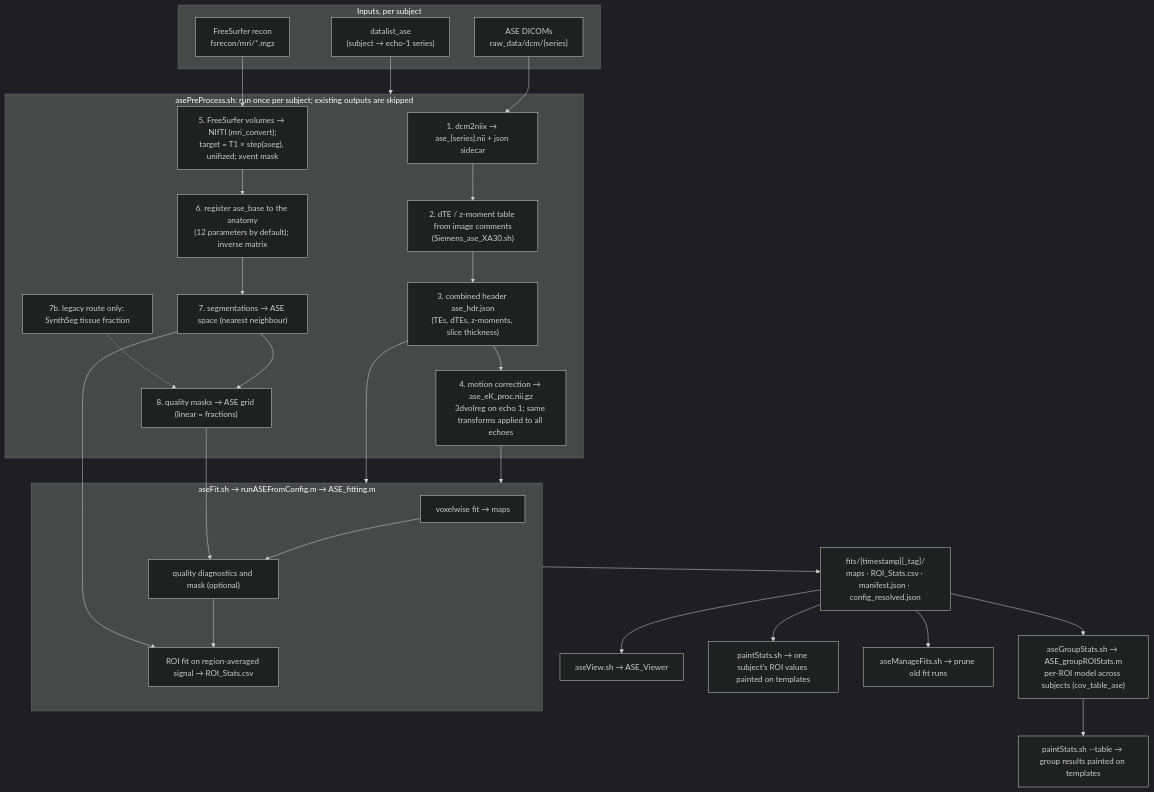
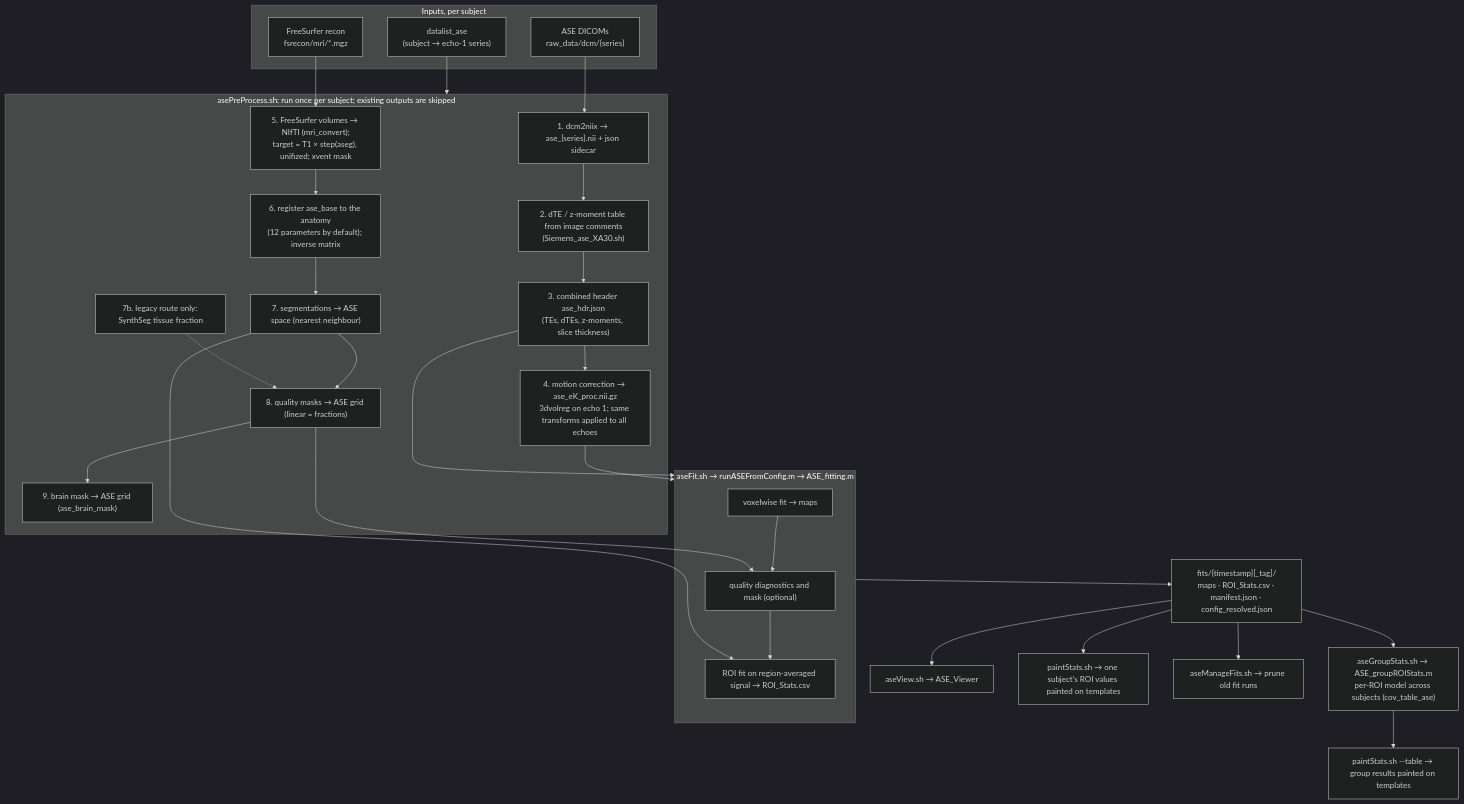
One commit to scalos/ASE_Processing changed the first of 2 diagrams in docs/pipeline.md. Above: the diagram before and after it, drawn with Mermaid (dark theme). The commit also changed 7 other files, not shown here.

First line of the commit message:
Motion decision report from anchor frames; brain mask on the ASE grid

````diff
--- a/docs/pipeline.md
+++ b/docs/pipeline.md
@@ -7,45 +7,46 @@
 ```mermaid
 flowchart TD
     subgraph IN["Inputs, per subject"]
         DCM["ASE DICOMs<br/>raw_data/dcm/{series}"]
         ANAT["FreeSurfer recon<br/>fsrecon/mri/*.mgz"]
         LIST["datalist_ase<br/>(subject → echo-1 series)"]
     end
 
     subgraph PRE["asePreProcess.sh: run once per subject; existing outputs are skipped"]
         S1["1. dcm2niix → ase_{series}.nii + json sidecar"]
         S2["2. dTE / z-moment table from image comments<br/>(Siemens_ase_XA30.sh)"]
         S3["3. combined header ase_hdr.json<br/>(TEs, dTEs, z-moments, slice thickness)"]
         S4["4. motion correction → ase_eK_proc.nii.gz<br/>3dvolreg on echo 1; same transforms applied to all echoes"]
         S5["5. FreeSurfer volumes → NIfTI (mri_convert);<br/>target = T1 × step(aseg), unifized; xvent mask"]
         S6["6. register ase_base to the anatomy<br/>(12 parameters by default); inverse matrix"]
         S7["7. segmentations → ASE space (nearest neighbour)"]
         S7b["7b. legacy route only: SynthSeg tissue fraction"]
         S8["8. quality masks → ASE grid (linear = fractions)"]
+        S9["9. brain mask → ASE grid (ase_brain_mask)"]
         S1 --> S2 --> S3 --> S4
-        S5 --> S6 --> S7 --> S8
+        S5 --> S6 --> S7 --> S8 --> S9
         S7b -.-> S8
     end
 
     subgraph FIT["aseFit.sh → runASEFromConfig.m → ASE_fitting.m"]
         F1["voxelwise fit → maps"]
         F2["quality diagnostics and mask (optional)"]
         F3["ROI fit on region-averaged signal → ROI_Stats.csv"]
         F1 --> F2 --> F3
     end
 
     DCM --> S1
     LIST --> PRE
     ANAT --> S5
     S4 --> FIT
     S3 --> FIT
     S7 --> F3
     S8 --> F2
 
     FIT --> OUT["fits/{timestamp}[_tag]/<br/>maps · ROI_Stats.csv · manifest.json · config_resolved.json"]
     OUT --> VIEW["aseView.sh → ASE_Viewer"]
     OUT --> PAINT["paintStats.sh → one subject's ROI values painted on templates"]
     OUT --> GROUP["aseGroupStats.sh → ASE_groupROIStats.m<br/>per-ROI model across subjects (cov_table_ase)"]
     GROUP --> GPAINT["paintStats.sh --table → group results painted on templates"]
     OUT --> MANAGE["aseManageFits.sh → prune old fit runs"]
 ```
````
